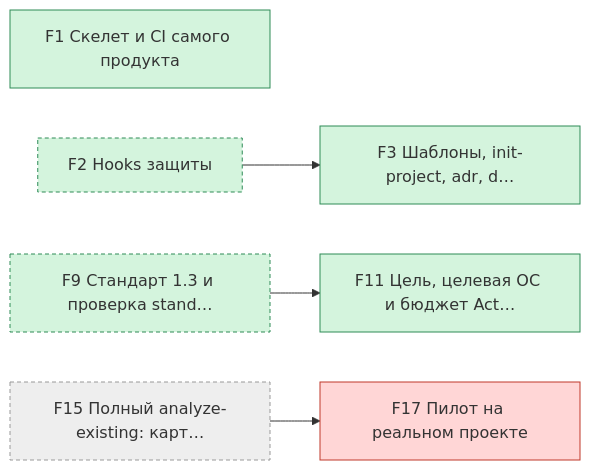
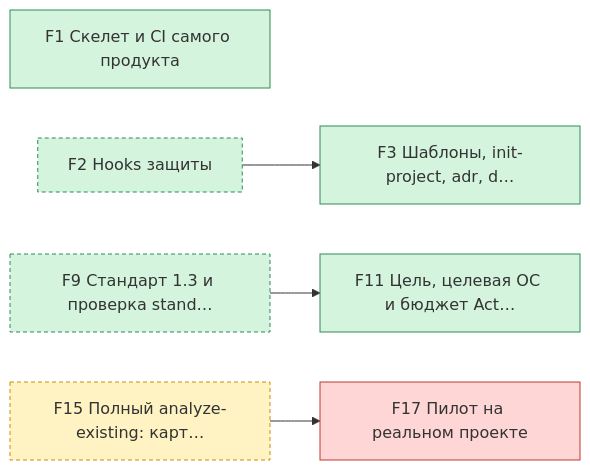
The first of 6 diagrams in state/STATUS.md (pete-doc/project-architect), drawn with Mermaid before and after one commit. The commit also changed other lines of this file and 2 other files, not shown here.

````diff
--- a/state/STATUS.md
+++ b/state/STATUS.md
@@ -37,22 +37,22 @@
 ```mermaid
 graph LR
   F1["F1 Скелет и CI самого продукта"]
   F3["F3 Шаблоны, init-project, adr, d…"]
   F11["F11 Цель, целевая ОС и бюджет Act…"]
   F17["F17 Пилот на реальном проекте"]
   F2["F2 Hooks защиты"]
   F9["F9 Стандарт 1.3 и проверка stand…"]
   F15["F15 Полный analyze-existing: карт…"]
   F2 --> F3
   F9 --> F11
   F15 --> F17
   classDef done fill:#d4f4dd,stroke:#2e8b57
   classDef work fill:#fff3c4,stroke:#c79100
   classDef blocked fill:#ffd6d6,stroke:#c0392b
   classDef later fill:#eeeeee,stroke:#999999
   classDef outside stroke-dasharray: 4 3
   class F1,F3,F11,F2,F9 done
+  class F15 work
   class F17 blocked
-  class F15 later
   class F2,F9,F15 outside
 ```
````
